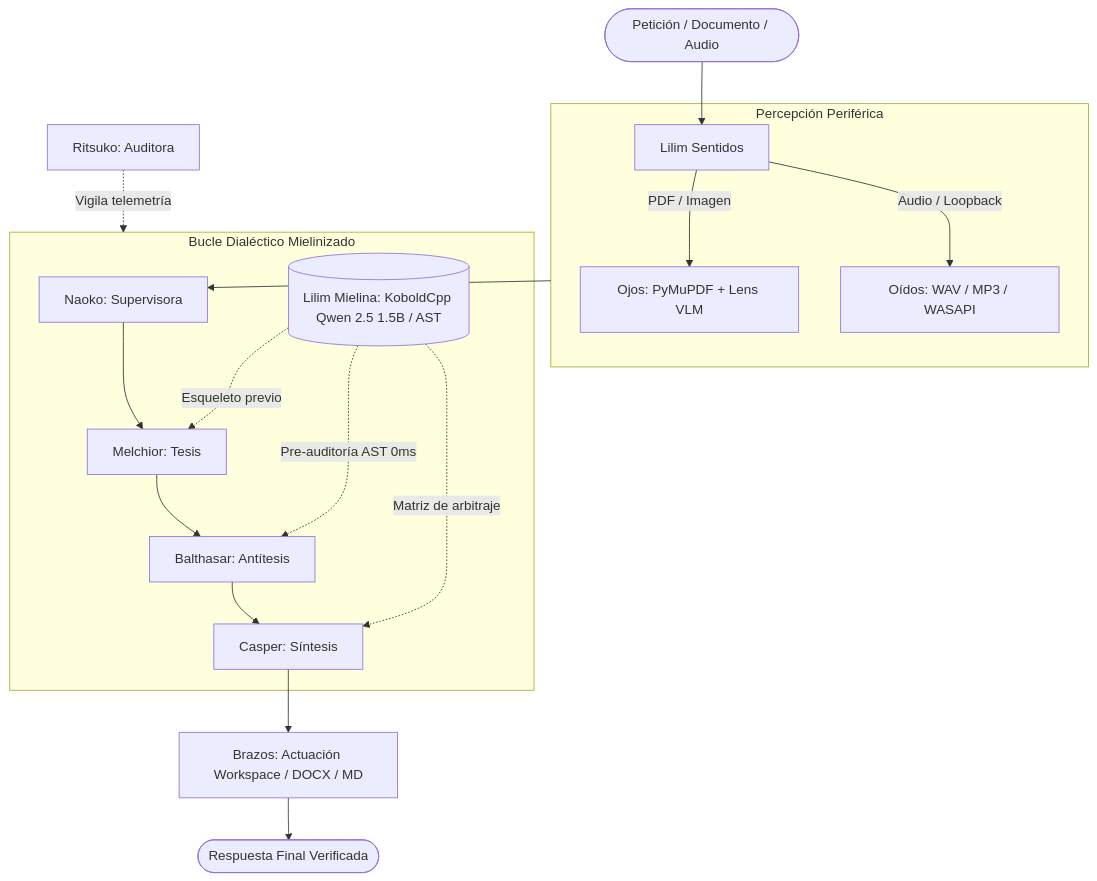
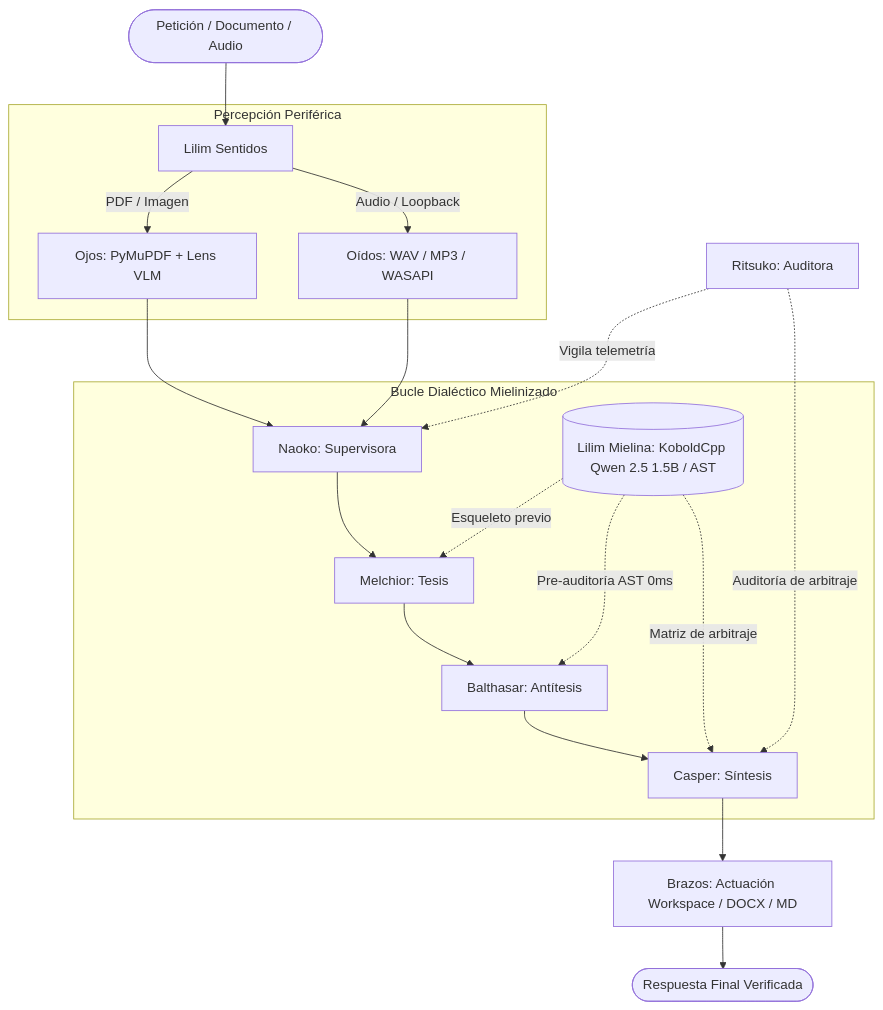
One commit to zero-phoenix/MAGI-System-IDE changed the diagram in README.md. Above: the diagram before and after it, drawn with Mermaid.

Commit message:
fix(docs): corregir sintaxis de diagrama Mermaid para compatibilidad GitHub

````diff
--- a/README.md
+++ b/README.md
@@ -194,27 +194,29 @@
 ```mermaid
 flowchart TD
-    User([Petición / Documento / Audio]) --> Sentidos[Lilim Sentidos]
-    
-    subgraph Percepcion [Percepción Periférica]
-        Sentidos -->|PDF / Imagen| Ojos[Ojos: PyMuPDF + Lens VLM]
-        Sentidos -->|Audio / Loopback| Oidos[Oídos: WAV / MP3 / WASAPI]
+    User(["Petición / Documento / Audio"]) --> Sentidos["Lilim Sentidos"]
+
+    subgraph Percepcion ["Percepción Periférica"]
+        Sentidos -->|"PDF / Imagen"| Ojos["Ojos: PyMuPDF + Lens VLM"]
+        Sentidos -->|"Audio / Loopback"| Oidos["Oídos: WAV / MP3 / WASAPI"]
     end
-    
-    Percepcion --> Naoko[Naoko: Supervisora]
-    
-    subgraph Dialectica [Bucle Dialéctico Mielinizado]
-        Naoko --> Melchior[Melchior: Tesis]
-        Melchior --> Balthasar[Balthasar: Antítesis]
-        Balthasar --> Casper[Casper: Síntesis]
-        
-        Mielina[(Lilim Mielina: KoboldCpp Qwen 2.5 1.5B / AST)]
-        Mielina -.->|Esqueleto previo| Melchior
-        Mielina -.->|Pre-auditoría AST 0ms| Balthasar
-        Mielina -.->|Matriz de arbitraje| Casper
+
+    Ojos --> Naoko["Naoko: Supervisora"]
+    Oidos --> Naoko
+
+    subgraph Dialectica ["Bucle Dialéctico Mielinizado"]
+        Naoko --> Melchior["Melchior: Tesis"]
+        Melchior --> Balthasar["Balthasar: Antítesis"]
+        Balthasar --> Casper["Casper: Síntesis"]
+
+        Mielina[("Lilim Mielina: KoboldCpp Qwen 2.5 1.5B / AST")]
+        Mielina -.->|"Esqueleto previo"| Melchior
+        Mielina -.->|"Pre-auditoría AST 0ms"| Balthasar
+        Mielina -.->|"Matriz de arbitraje"| Casper
     end
-    
-    Casper --> Brazos[Brazos: Actuación Workspace / DOCX / MD]
-    Brazos --> Entrega([Respuesta Final Verificada])
-    
-    Ritsuko[Ritsuko: Auditora] -.->|Vigila telemetría| Dialectica
+
+    Casper --> Brazos["Brazos: Actuación Workspace / DOCX / MD"]
+    Brazos --> Entrega(["Respuesta Final Verificada"])
+
+    Ritsuko["Ritsuko: Auditora"] -.->|"Vigila telemetría"| Naoko
+    Ritsuko -.->|"Auditoría de arbitraje"| Casper
 ```
````
